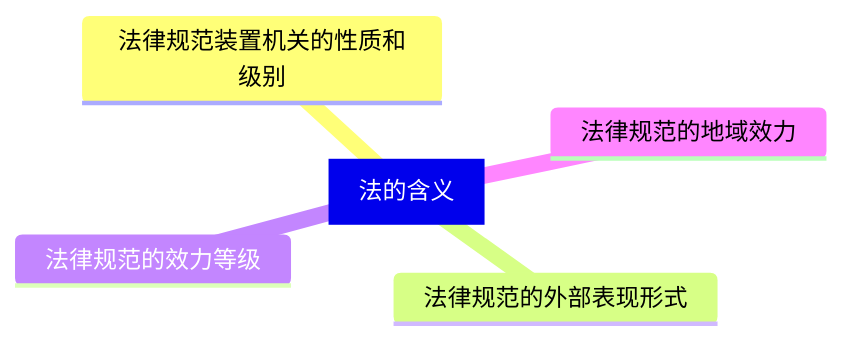
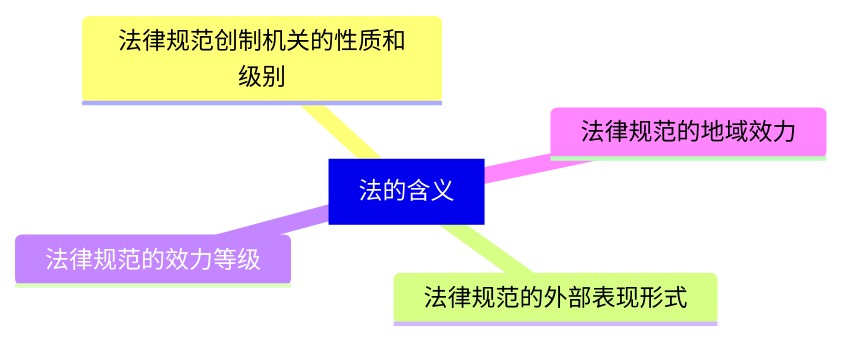
Before and after one commit to InverseDesign/inversedesign.github.io: the first of 5 diagrams in content/docs/learning/construction-engineer/regulations/chapter-01.md, drawn with Mermaid. The commit also changed other lines of this file and 4 other files, not shown here.

````diff
--- a/content/docs/learning/construction-engineer/regulations/chapter-01.md
+++ b/content/docs/learning/construction-engineer/regulations/chapter-01.md
@@ -32,8 +34,8 @@
 ```mermaid
 mindmap
   root[法的含义]
-    法律规范装置机关的性质和级别
+    法律规范创制机关的性质和级别
     法律规范的外部表现形式
     法律规范的效力等级
     法律规范的地域效力
 ```
````
